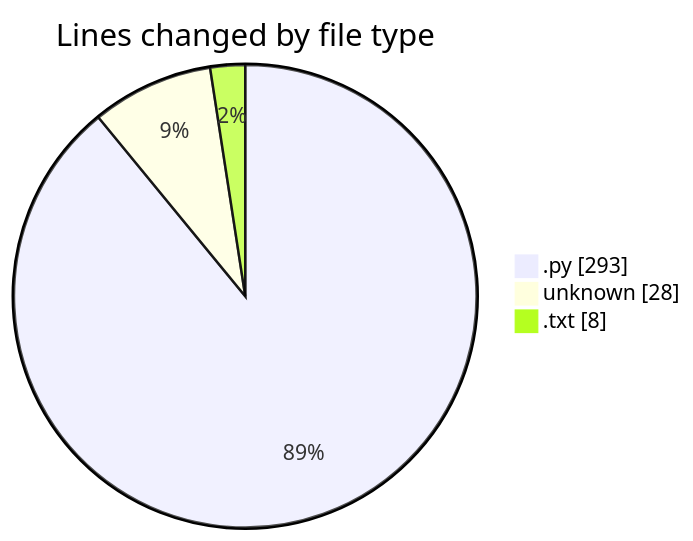
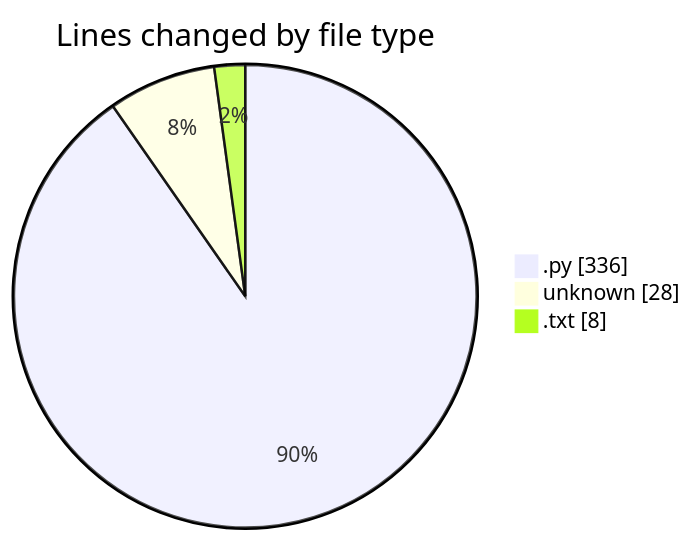
The first of 2 diagrams in 2026-09-18/video-downloader/README.md (momahboobian/code-tracking), drawn with Mermaid before and after one commit. The commit also changed other lines of this file and 1 other file, not shown here.

````diff
--- a/2026-09-18/video-downloader/README.md
+++ b/2026-09-18/video-downloader/README.md
@@ -23,7 +23,7 @@
 ```mermaid
 pie showData
 title Lines changed by file type
-".py" : 293
+".py" : 336
 "unknown" : 28
 ".txt" : 8
 ```
````
